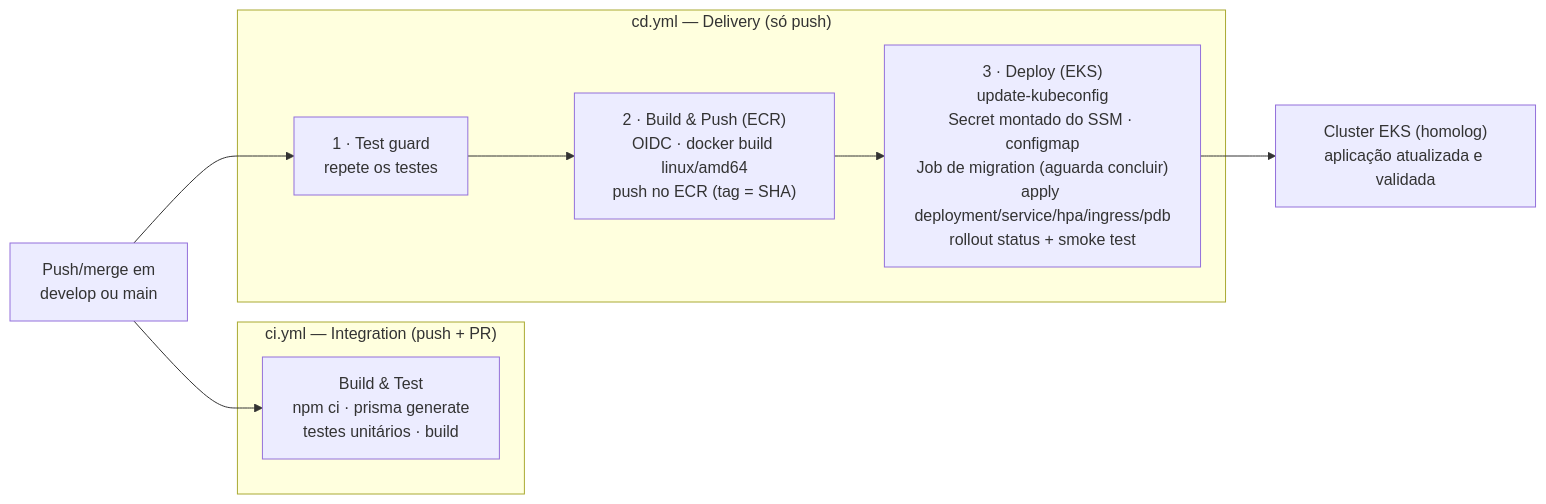
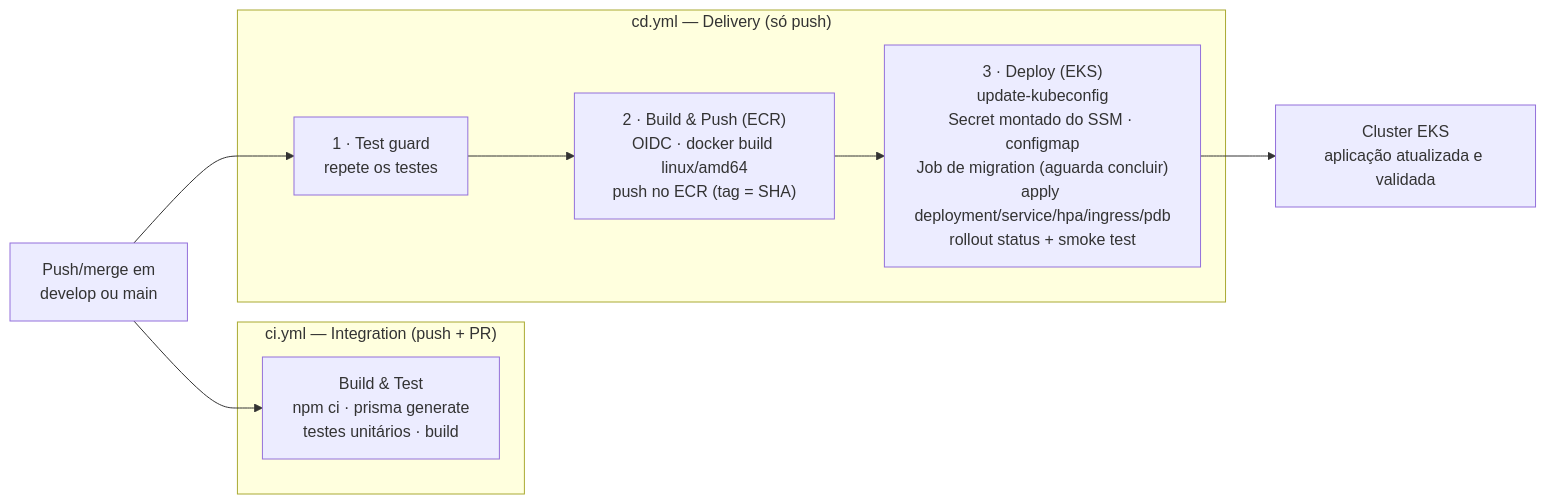
The fifth of 8 diagrams in README.md (LucasValada/tech-challenge-fiap), drawn with Mermaid before and after one commit. The commit also changed other lines of this file, not shown here.

````diff
--- a/README.md
+++ b/README.md
@@ -299,19 +296,19 @@
 ```mermaid
 graph LR
     Dev["Push/merge em<br/>develop ou main"]
 
     subgraph CI["ci.yml — Integration (push + PR)"]
         CIJob["Build & Test<br/>npm ci · prisma generate<br/>testes unitários · build"]
     end
 
     subgraph CD["cd.yml — Delivery (só push)"]
         Guard["1 · Test guard<br/>repete os testes"]
         Build["2 · Build & Push (ECR)<br/>OIDC · docker build linux/amd64<br/>push no ECR (tag = SHA)"]
         Deploy["3 · Deploy (EKS)<br/>update-kubeconfig<br/>Secret montado do SSM · configmap<br/>Job de migration (aguarda concluir)<br/>apply deployment/service/hpa/ingress/pdb<br/>rollout status + smoke test"]
         Guard --> Build --> Deploy
     end
 
     Dev --> CIJob
     Dev --> Guard
-    Deploy --> EKSc["Cluster EKS (homolog)<br/>aplicação atualizada e validada"]
+    Deploy --> EKSc["Cluster EKS<br/>aplicação atualizada e validada"]
 ```
````
